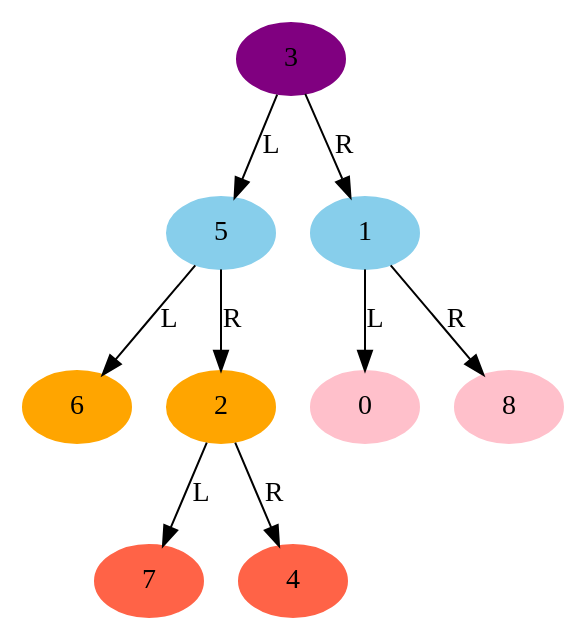
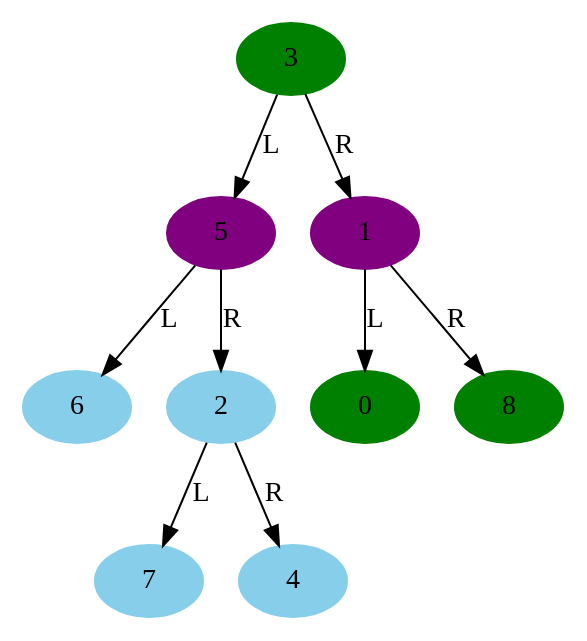
One commit to Batman001/leetcode_in_python changed the diagram in btree/output/tree_by_string.gv. Above: the diagram before and after it, drawn with Graphviz. The commit also changed 6 other files, not shown here.

```diff
--- a/btree/output/tree_by_string.gv
+++ b/btree/output/tree_by_string.gv
@@ -1,20 +1,20 @@
 // Binary Tree
 digraph {
-	"4f54cd28-a1aa-11eb-b4b0-1e00da1ed869" [label=3 color=purple style=filled]
-	"4f54d23c-a1aa-11eb-b4b0-1e00da1ed869" [label=5 color=skyblue style=filled]
-	"4f54cd28-a1aa-11eb-b4b0-1e00da1ed869" -> "4f54d23c-a1aa-11eb-b4b0-1e00da1ed869" [label=L]
-	"4f54d372-a1aa-11eb-b4b0-1e00da1ed869" [label=6 color=orange style=filled]
-	"4f54d23c-a1aa-11eb-b4b0-1e00da1ed869" -> "4f54d372-a1aa-11eb-b4b0-1e00da1ed869" [label=L]
-	"4f54d444-a1aa-11eb-b4b0-1e00da1ed869" [label=2 color=orange style=filled]
-	"4f54d23c-a1aa-11eb-b4b0-1e00da1ed869" -> "4f54d444-a1aa-11eb-b4b0-1e00da1ed869" [label=R]
-	"4f54d516-a1aa-11eb-b4b0-1e00da1ed869" [label=7 color=tomato style=filled]
-	"4f54d444-a1aa-11eb-b4b0-1e00da1ed869" -> "4f54d516-a1aa-11eb-b4b0-1e00da1ed869" [label=L]
-	"4f54d606-a1aa-11eb-b4b0-1e00da1ed869" [label=4 color=tomato style=filled]
-	"4f54d444-a1aa-11eb-b4b0-1e00da1ed869" -> "4f54d606-a1aa-11eb-b4b0-1e00da1ed869" [label=R]
-	"4f54d6c4-a1aa-11eb-b4b0-1e00da1ed869" [label=1 color=skyblue style=filled]
-	"4f54cd28-a1aa-11eb-b4b0-1e00da1ed869" -> "4f54d6c4-a1aa-11eb-b4b0-1e00da1ed869" [label=R]
-	"4f54d782-a1aa-11eb-b4b0-1e00da1ed869" [label=0 color=pink style=filled]
-	"4f54d6c4-a1aa-11eb-b4b0-1e00da1ed869" -> "4f54d782-a1aa-11eb-b4b0-1e00da1ed869" [label=L]
-	"4f54d84a-a1aa-11eb-b4b0-1e00da1ed869" [label=8 color=pink style=filled]
-	"4f54d6c4-a1aa-11eb-b4b0-1e00da1ed869" -> "4f54d84a-a1aa-11eb-b4b0-1e00da1ed869" [label=R]
+	"e2d7c28c-dd29-11ed-bf48-784f439765e1" [label=3 color=green style=filled]
+	"e2d7d196-dd29-11ed-bf48-784f439765e1" [label=5 color=purple style=filled]
+	"e2d7c28c-dd29-11ed-bf48-784f439765e1" -> "e2d7d196-dd29-11ed-bf48-784f439765e1" [label=L]
+	"e2d7d484-dd29-11ed-bf48-784f439765e1" [label=6 color=skyblue style=filled]
+	"e2d7d196-dd29-11ed-bf48-784f439765e1" -> "e2d7d484-dd29-11ed-bf48-784f439765e1" [label=L]
+	"e2d7d5f6-dd29-11ed-bf48-784f439765e1" [label=2 color=skyblue style=filled]
+	"e2d7d196-dd29-11ed-bf48-784f439765e1" -> "e2d7d5f6-dd29-11ed-bf48-784f439765e1" [label=R]
+	"e2d7d722-dd29-11ed-bf48-784f439765e1" [label=7 color=skyblue style=filled]
+	"e2d7d5f6-dd29-11ed-bf48-784f439765e1" -> "e2d7d722-dd29-11ed-bf48-784f439765e1" [label=L]
+	"e2d7d84e-dd29-11ed-bf48-784f439765e1" [label=4 color=skyblue style=filled]
+	"e2d7d5f6-dd29-11ed-bf48-784f439765e1" -> "e2d7d84e-dd29-11ed-bf48-784f439765e1" [label=R]
+	"e2d7d970-dd29-11ed-bf48-784f439765e1" [label=1 color=purple style=filled]
+	"e2d7c28c-dd29-11ed-bf48-784f439765e1" -> "e2d7d970-dd29-11ed-bf48-784f439765e1" [label=R]
+	"e2d7da7e-dd29-11ed-bf48-784f439765e1" [label=0 color=green style=filled]
+	"e2d7d970-dd29-11ed-bf48-784f439765e1" -> "e2d7da7e-dd29-11ed-bf48-784f439765e1" [label=L]
+	"e2d7db8c-dd29-11ed-bf48-784f439765e1" [label=8 color=green style=filled]
+	"e2d7d970-dd29-11ed-bf48-784f439765e1" -> "e2d7db8c-dd29-11ed-bf48-784f439765e1" [label=R]
 }
```
